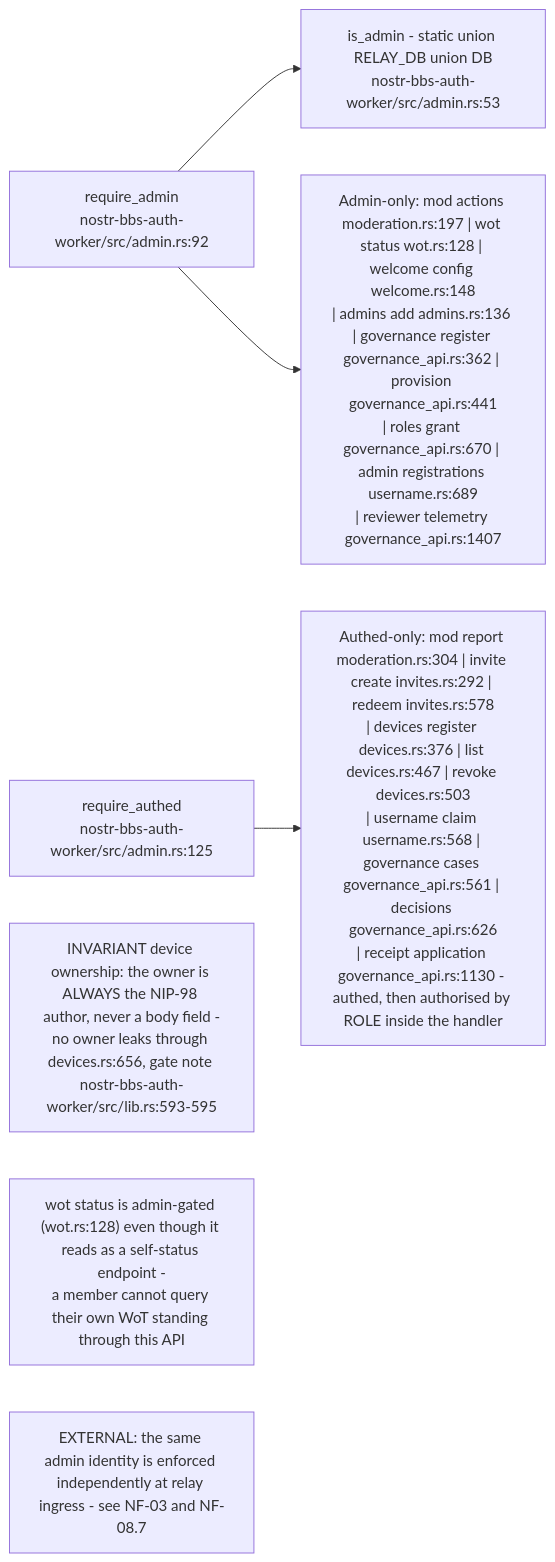
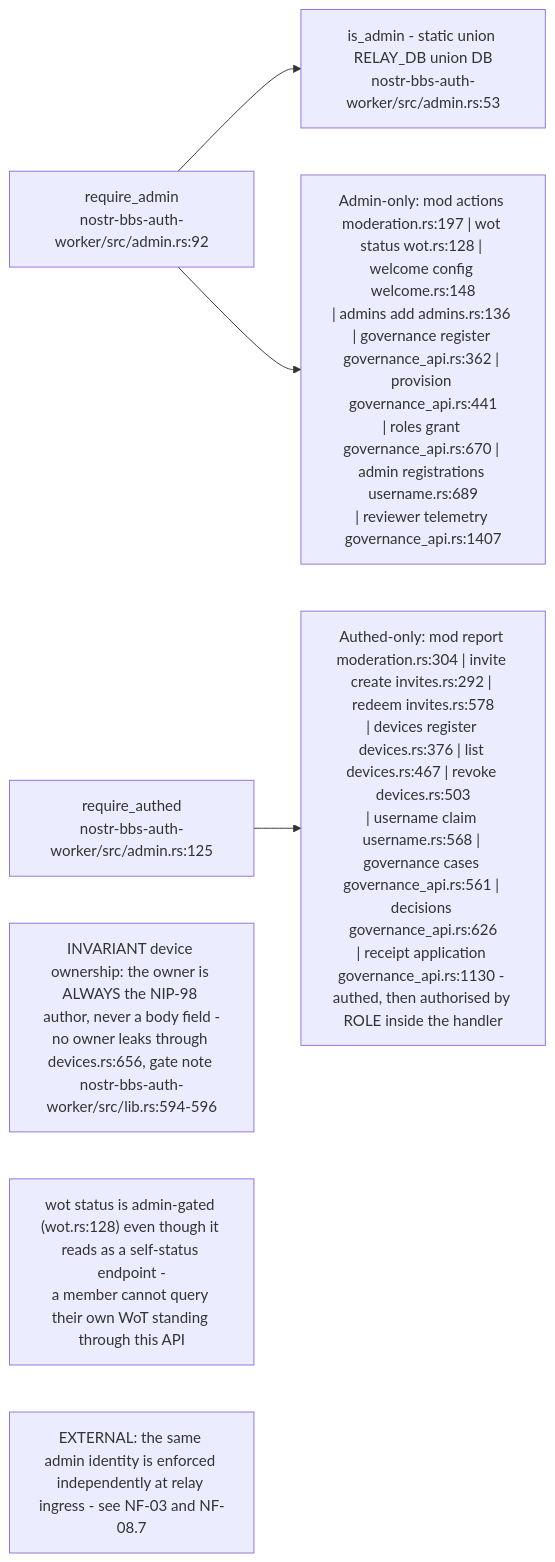
The sixth of 10 diagrams in docs/diagrams/nostr-rust-forum/02-auth-worker-passkey-nip98-and-membership.md (DreamLab-AI/VisionFlow), drawn with Mermaid before and after one commit. The commit also changed other lines of this file, not shown here.

Commit message:
docs(diagrams): NF-02 re-verified at nostr-rust-forum af4f0d5; recipient-key registry (NF-02.11)

````diff
--- a/docs/diagrams/nostr-rust-forum/02-auth-worker-passkey-nip98-and-membership.md
+++ b/docs/diagrams/nostr-rust-forum/02-auth-worker-passkey-nip98-and-membership.md
@@ -214,17 +217,17 @@
 ```mermaid
 flowchart LR
     RA["require_admin<br/>nostr-bbs-auth-worker/src/admin.rs:92"]
     RU["require_authed<br/>nostr-bbs-auth-worker/src/admin.rs:125"]
     ISA["is_admin - static union RELAY_DB union DB<br/>nostr-bbs-auth-worker/src/admin.rs:53"]
 
     RA --> ISA
     ADMINONLY["Admin-only: mod actions moderation.rs:197 | wot status wot.rs:128 | welcome config welcome.rs:148<br/>| admins add admins.rs:136 | governance register governance_api.rs:362 | provision governance_api.rs:441<br/>| roles grant governance_api.rs:670 | admin registrations username.rs:689<br/>| reviewer telemetry governance_api.rs:1407"]
     AUTHED["Authed-only: mod report moderation.rs:304 | invite create invites.rs:292 | redeem invites.rs:578<br/>| devices register devices.rs:376 | list devices.rs:467 | revoke devices.rs:503<br/>| username claim username.rs:568 | governance cases governance_api.rs:561 | decisions governance_api.rs:626<br/>| receipt application governance_api.rs:1130 - authed, then authorised by ROLE inside the handler"]
 
     RA --> ADMINONLY
     RU --> AUTHED
 
-    N1["INVARIANT device ownership: the owner is ALWAYS the NIP-98 author, never a body field -<br/>no owner leaks through devices.rs:656, gate note nostr-bbs-auth-worker/src/lib.rs:593-595"]
+    N1["INVARIANT device ownership: the owner is ALWAYS the NIP-98 author, never a body field -<br/>no owner leaks through devices.rs:656, gate note nostr-bbs-auth-worker/src/lib.rs:594-596"]
     N2["wot status is admin-gated (wot.rs:128) even though it reads as a self-status endpoint -<br/>a member cannot query their own WoT standing through this API"]
     N3["EXTERNAL: the same admin identity is enforced independently at relay ingress - see NF-03 and NF-08.7"]
 ```
````
